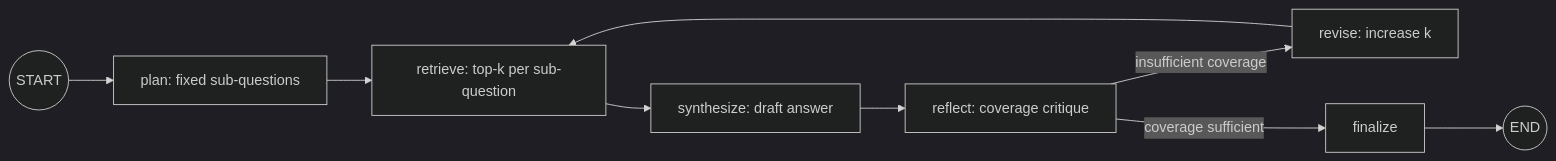
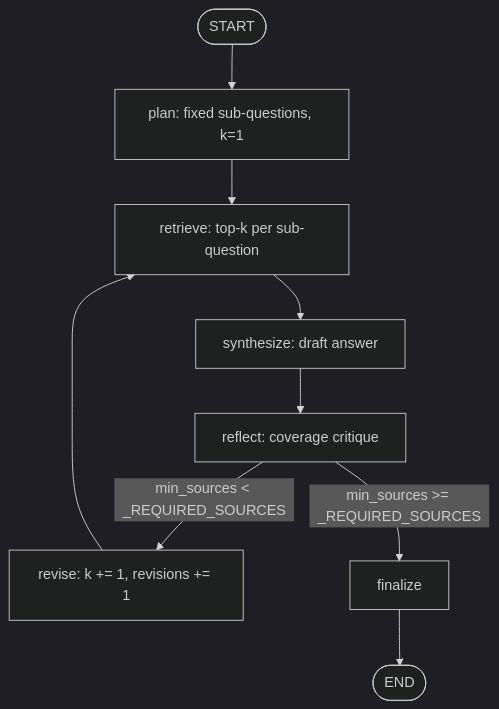
One commit to xergioalex/agent-lab changed the first of 2 diagrams in src/60_research_agent/README.md. Above: the diagram before and after it, drawn with Mermaid (dark theme). The commit also changed other lines of this file and 64 other files, not shown here.

First line of the commit message:
docs(docs): premium Mermaid diagram pass on all 64 module READMEs

````diff
--- a/src/60_research_agent/README.md
+++ b/src/60_research_agent/README.md
@@ -44,11 +44,11 @@
 ```mermaid
-graph LR
-    START((START)) --> plan[plan: fixed sub-questions]
-    plan --> retrieve[retrieve: top-k per sub-question]
-    retrieve --> synthesize[synthesize: draft answer]
-    synthesize --> reflect[reflect: coverage critique]
-    reflect -->|insufficient coverage| revise[revise: increase k]
-    reflect -->|coverage sufficient| finalize[finalize]
+flowchart TD
+    START(["START"]) --> plan["plan: fixed sub-questions, k=1"]
+    plan --> retrieve["retrieve: top-k per sub-question"]
+    retrieve --> synthesize["synthesize: draft answer"]
+    synthesize --> reflect["reflect: coverage critique"]
+    reflect -->|"min_sources < _REQUIRED_SOURCES"| revise["revise: k += 1, revisions += 1"]
+    reflect -->|"min_sources >= _REQUIRED_SOURCES"| finalize["finalize"]
     revise --> retrieve
-    finalize --> END((END))
+    finalize --> END(["END"])
 ```
````
